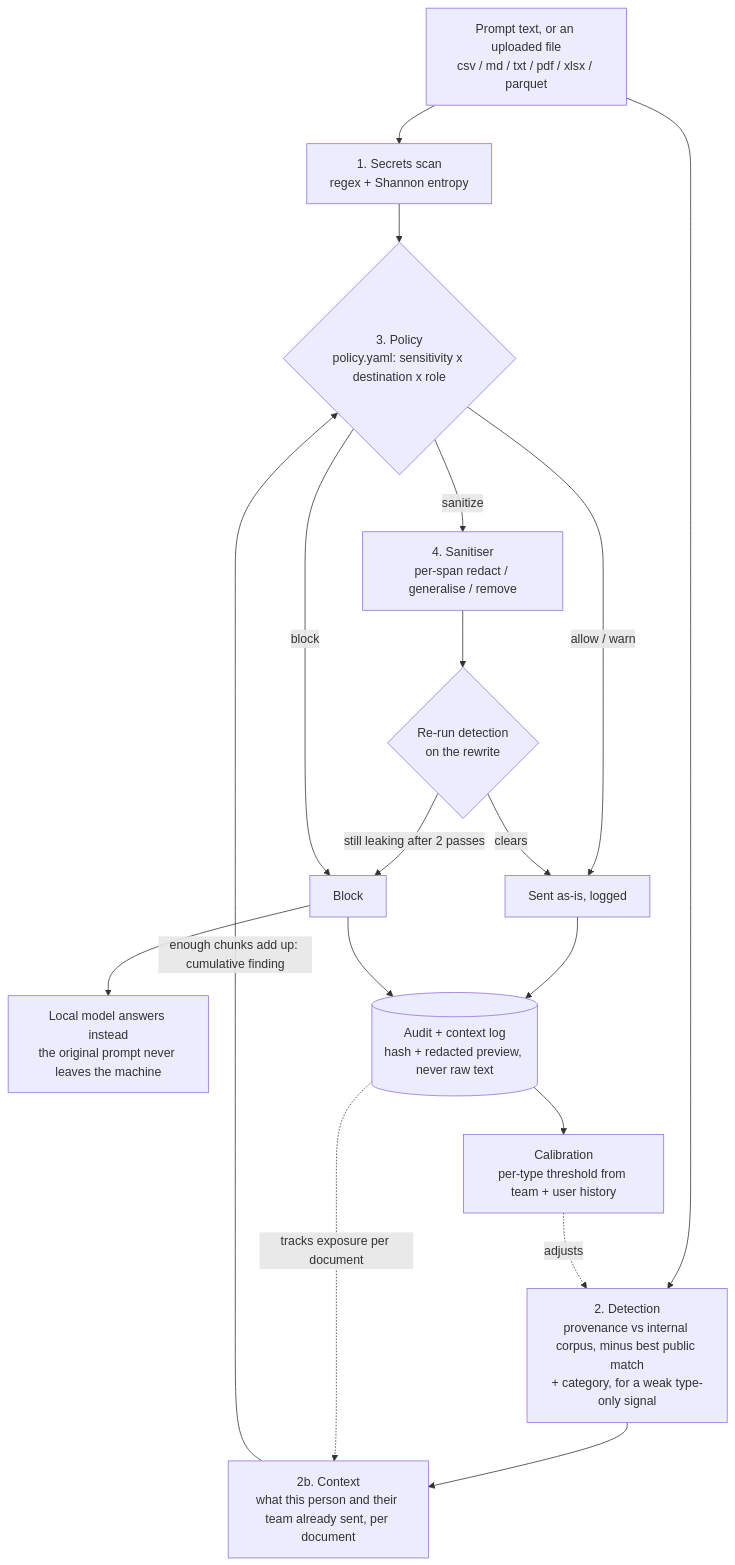
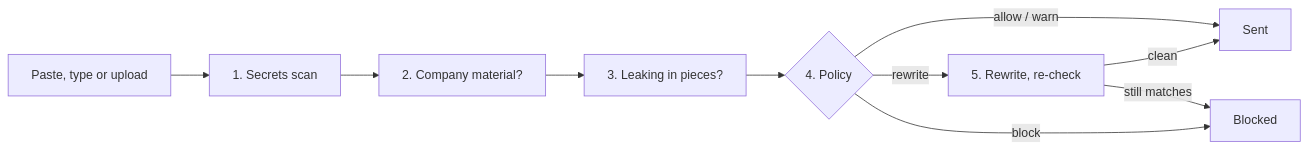
Before and after one commit to massive-attack-team/ndAI: the diagram in README.md, drawn with Mermaid. The commit also changed other lines of this file, not shown here.

First line of the commit message:
Rewrite README: plain, concise, current

````diff
--- a/README.md
+++ b/README.md
@@ -88,20 +33,12 @@
 ```mermaid
-flowchart TD
-    A["Prompt text, or an uploaded file<br/>csv / md / txt / pdf / xlsx / parquet"] --> B["1. Secrets scan<br/>regex + Shannon entropy"]
-    A --> C["2. Detection<br/>provenance vs internal corpus, minus best public match<br/>+ category, for a weak type-only signal"]
-    C --> CTX["2b. Context<br/>what this person and their team already sent, per document"]
-    CTX -->|"enough chunks add up: cumulative finding"| D{"3. Policy<br/>policy.yaml: sensitivity x destination x role"}
-    B --> D
-    D -->|"allow / warn"| E["Sent as-is, logged"]
-    D -->|"sanitize"| F["4. Sanitiser<br/>per-span redact / generalise / remove"]
-    F --> G{"Re-run detection<br/>on the rewrite"}
-    G -->|"clears"| E
-    G -->|"still leaking after 2 passes"| H["Block"]
-    D -->|"block"| H
-    H --> I["Local model answers instead<br/>the original prompt never leaves the machine"]
-    E --> J[("Audit + context log<br/>hash + redacted preview, never raw text")]
-    H --> J
-    J -.->|"tracks exposure per document"| CTX
-    J --> K["Calibration<br/>per-type threshold from team + user history"]
-    K -.->|"adjusts"| C
+flowchart LR
+    A["Paste, type or upload"] --> B["1. Secrets scan"]
+    B --> C["2. Company material?"]
+    C --> D["3. Leaking in pieces?"]
+    D --> E{"4. Policy"}
+    E -->|"allow / warn"| F["Sent"]
+    E -->|"rewrite"| G["5. Rewrite, re-check"]
+    G -->|"clean"| F
+    G -->|"still matches"| H["Blocked"]
+    E -->|"block"| H
 ```
````
